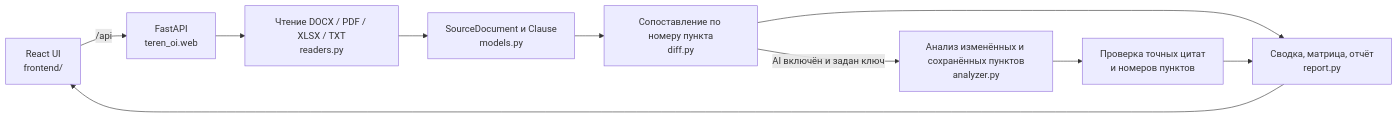
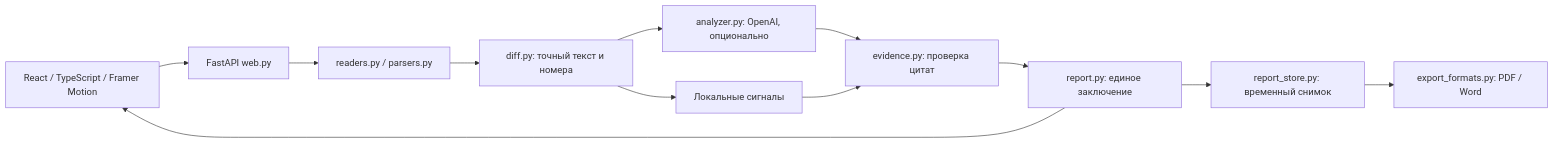
Before and after one commit to BAITC-Hacks/hack-2fb67e0d-teren-oi: the diagram in README.md, drawn with Mermaid. The commit also changed other lines of this file and 26 other files, not shown here.

````diff
--- a/README.md
+++ b/README.md
@@ -71,12 +104,14 @@
-```mermaid
+~~~mermaid
 flowchart LR
-    F[React UI<br/>frontend/] -->|/api| W[FastAPI<br/>teren_oi.web]
-    W --> R[Чтение DOCX / PDF / XLSX / TXT<br/>readers.py]
-    R --> M[SourceDocument и Clause<br/>models.py]
-    M --> D[Сопоставление по номеру пункта<br/>diff.py]
-    D --> P[Сводка, матрица, отчёт<br/>report.py]
-    D -->|AI включён и задан ключ| A[Анализ изменённых и сохранённых пунктов<br/>analyzer.py]
-    A --> C[Проверка точных цитат<br/>и номеров пунктов]
-    C --> P
-    P --> F
-```
+    UI[React / TypeScript / Framer Motion] --> API[FastAPI web.py]
+    API --> READ[readers.py / parsers.py]
+    READ --> DIFF[diff.py: точный текст и номера]
+    DIFF --> LOCAL[Локальные сигналы]
+    DIFF --> AI[analyzer.py: OpenAI, опционально]
+    AI --> CHECK[evidence.py: проверка цитат]
+    LOCAL --> CHECK
+    CHECK --> REPORT[report.py: единое заключение]
+    REPORT --> UI
+    REPORT --> STORE[report_store.py: временный снимок]
+    STORE --> EXPORT[export_formats.py: PDF / Word]
+~~~
````
